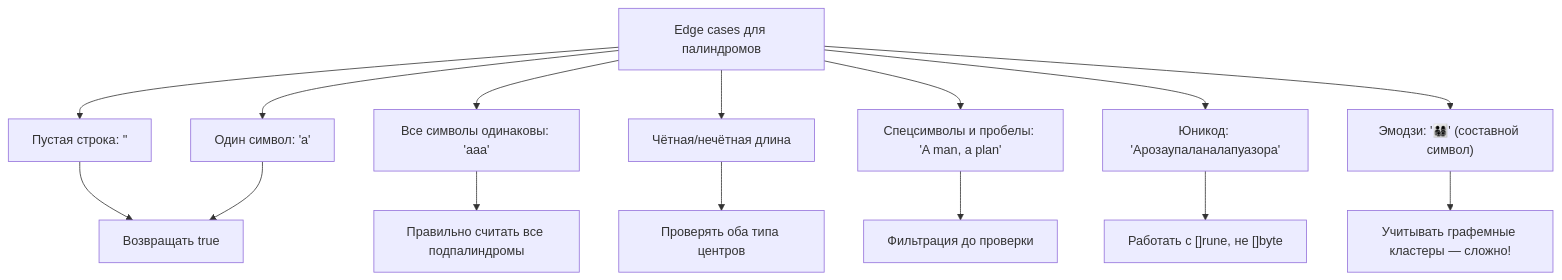
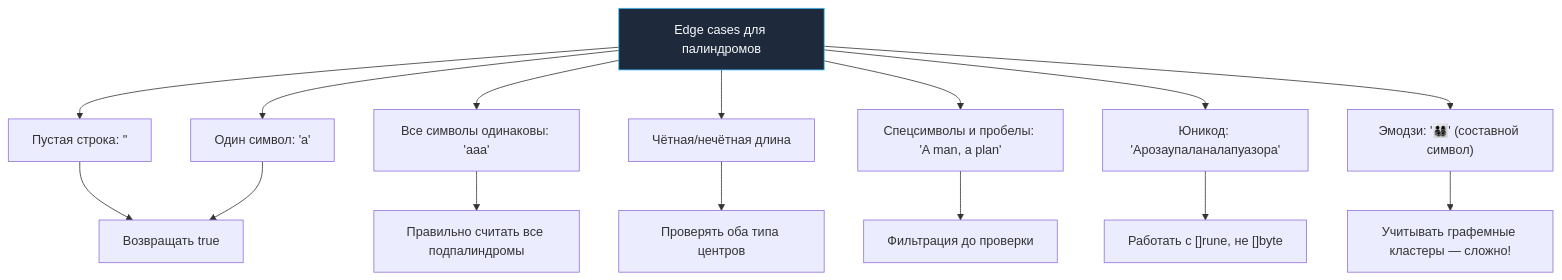
Before and after one commit to UnrealTemplier/go-textbook: the third of 3 diagrams in sources/21. Задачи с LeetCode и собеседований на Go/02. Задачи/25. Строки/2. Палиндромы.md, drawn with Mermaid. The commit also changed other lines of this file and 1666 other files, not shown here.

First line of the commit message:
feat(mermaid): add semantic color classDef to 1369 colorless flowchart/graph diagrams

````diff
--- a/sources/21. Задачи с LeetCode и собеседований на Go/02. Задачи/25. Строки/2. Палиндромы.md
+++ b/sources/21. Задачи с LeetCode и собеседований на Go/02. Задачи/25. Строки/2. Палиндромы.md
@@ -410,18 +430,28 @@
 ```mermaid
 flowchart TD
-    A["Edge cases для палиндромов"] --> B["Пустая строка: ''"]
+    classDef process  fill:#1e293b,stroke:#38bdf8,stroke-width:1px,color:#f8fafc
+    classDef success  fill:#064e3b,stroke:#34d399,stroke-width:1px,color:#f8fafc
+    classDef error    fill:#7f1d1d,stroke:#f87171,stroke-width:1px,color:#f8fafc
+    classDef warning  fill:#78350f,stroke:#fbbf24,stroke-width:1px,color:#f8fafc
+    classDef entry    fill:#1e3a5f,stroke:#38bdf8,stroke-width:2px,color:#f8fafc
+    classDef aux      fill:#334155,stroke:#64748b,stroke-width:1px,color:#f8fafc
+    classDef system   fill:#312e81,stroke:#a78bfa,stroke-width:1px,color:#f8fafc
+    classDef data     fill:#132d29,stroke:#2dd4bf,stroke-width:1px,color:#f8fafc
+    classDef network  fill:#881337,stroke:#fb7185,stroke-width:1px,color:#f8fafc
+    classDef accent   fill:#1e1b4b,stroke:#818cf8,stroke-width:1px,color:#f8fafc
+    A["Edge cases для палиндромов"]:::process --> B["Пустая строка: ''"]
     A --> C["Один символ: 'a'"]
     A --> D["Все символы одинаковы: 'aaa'"]
     A --> E["Чётная/нечётная длина"]
     A --> F["Спецсимволы и пробелы: 'A man, a plan'"]
     A --> G["Юникод: 'Арозаупаланалапуазора'"]
     A --> H["Эмодзи: '👨‍👩‍👧‍👦' (составной символ)"]
     
     B --> I["Возвращать true"]
     C --> I
     D --> J["Правильно считать все подпалиндромы"]
     E --> K["Проверять оба типа центров"]
     F --> L["Фильтрация до проверки"]
     G --> M["Работать с []rune, не []byte"]
     H --> N["Учитывать графемные кластеры — сложно!"]
 ```
````
